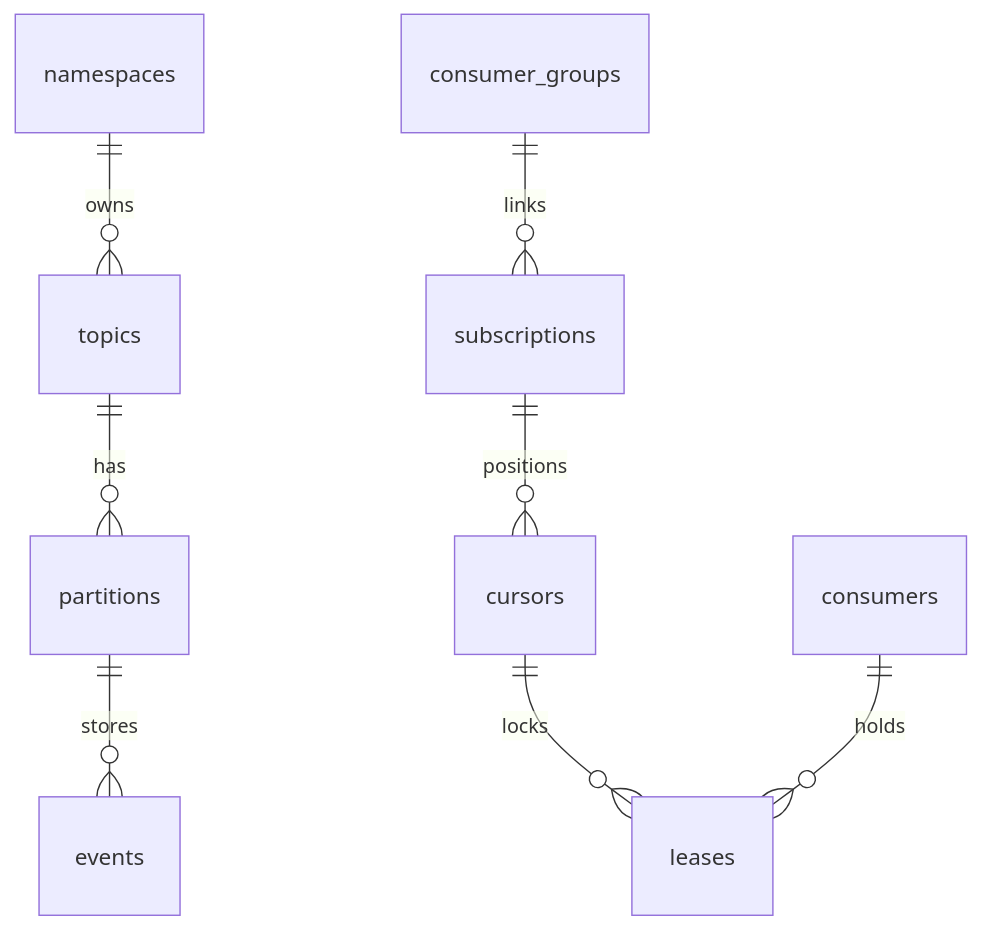
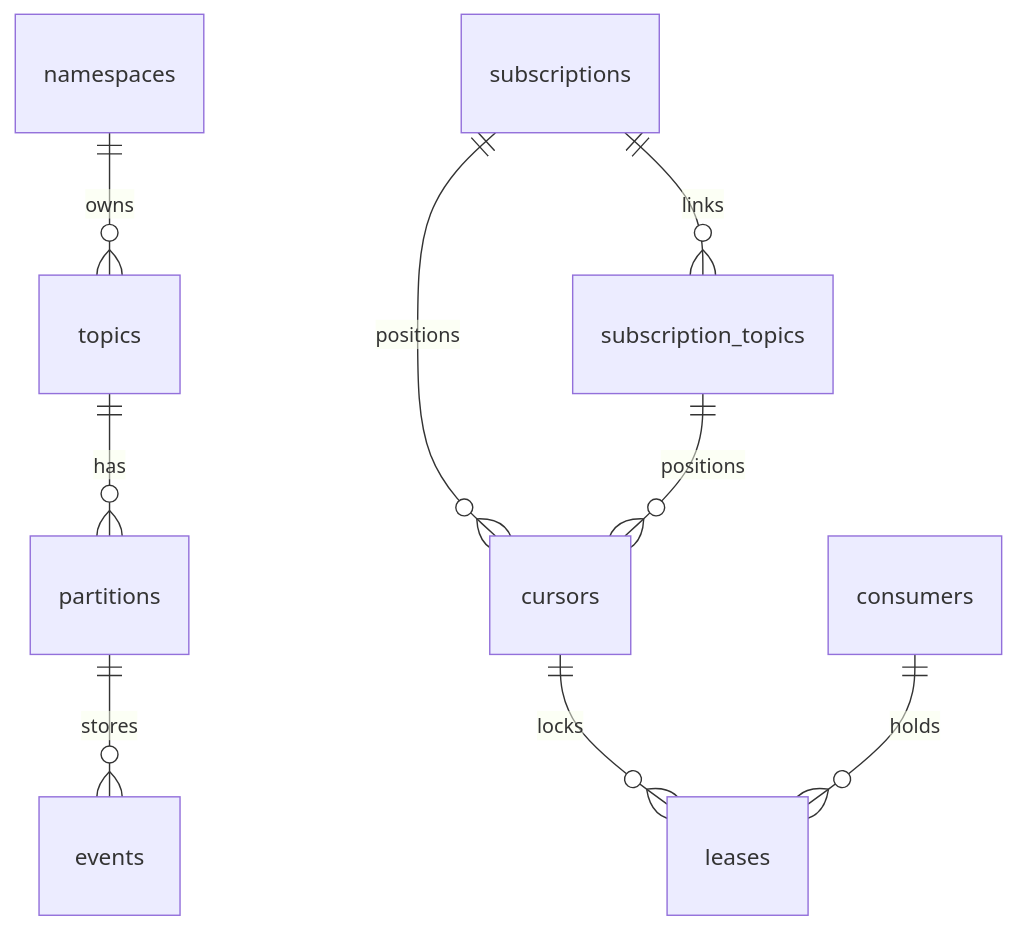
One commit to rbilleci/boxy changed the first of 3 diagrams in README.md. Above: the diagram before and after it, drawn with Mermaid. The commit also changed other lines of this file and 47 other files, not shown here.

````diff
--- a/README.md
+++ b/README.md
@@ -76,10 +76,11 @@
 ```mermaid
 erDiagram
     namespaces ||--o{ topics : owns
     topics ||--o{ partitions : has
     partitions ||--o{ events : stores
-    consumer_groups ||--o{ subscriptions : links
+    subscriptions ||--o{ subscription_topics : links
     subscriptions ||--o{ cursors : positions
+    subscription_topics ||--o{ cursors : positions
     cursors ||--o{ leases : locks
     consumers ||--o{ leases : holds
 ```
````
